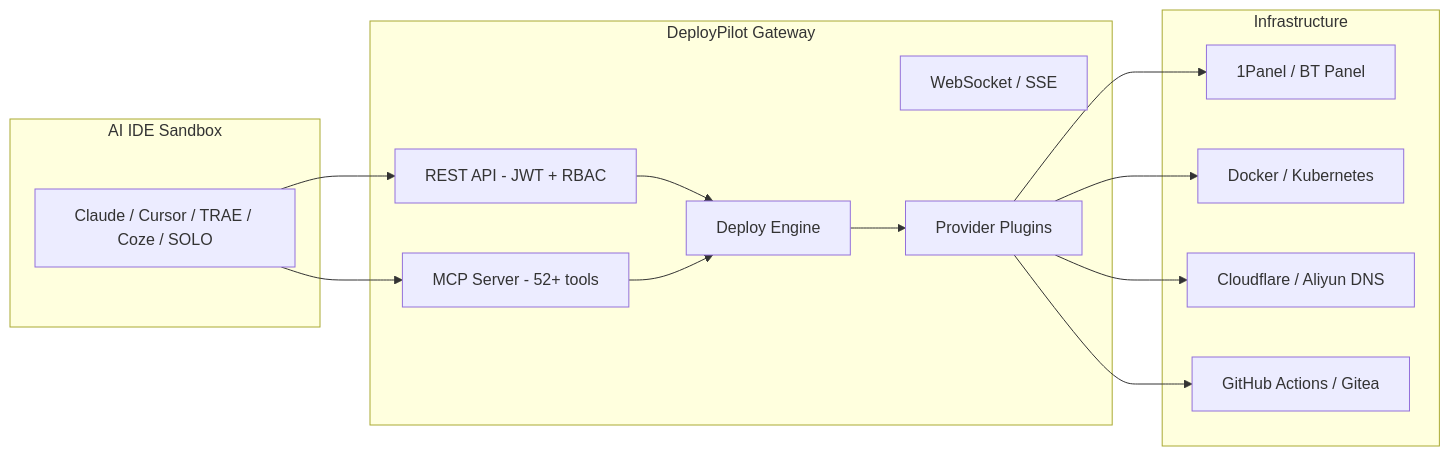
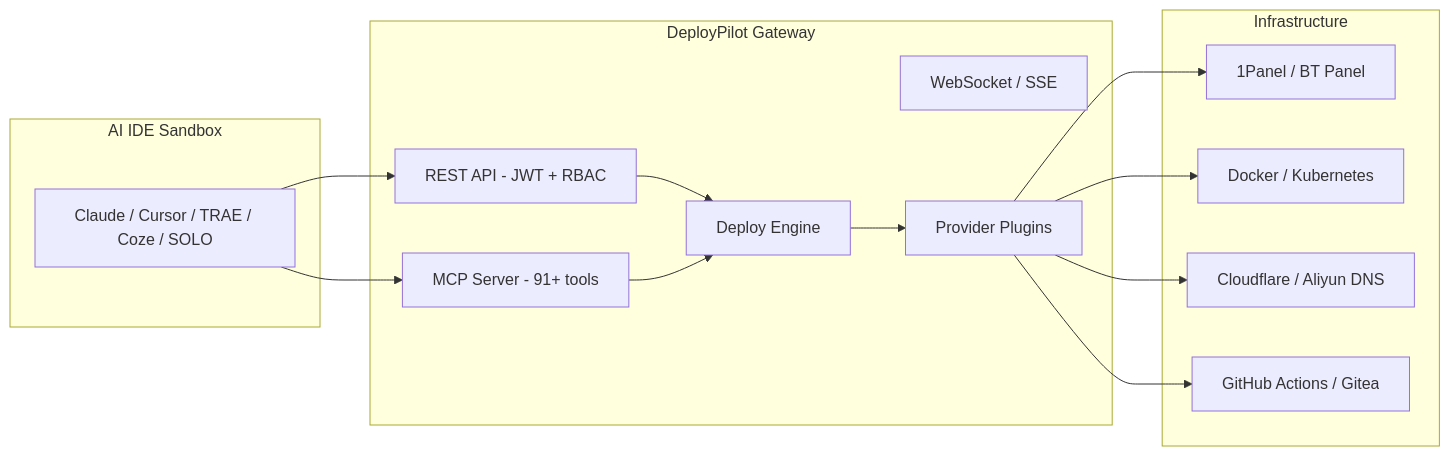
The diagram in README.md (Yogdunana/deploypilot), drawn with Mermaid before and after one commit. The commit also changed 6 other files, not shown here.

````diff
--- a/README.md
+++ b/README.md
@@ -113,31 +113,31 @@
 ```mermaid
 flowchart LR
     subgraph S1["AI IDE Sandbox"]
         A[Claude / Cursor / TRAE / Coze / SOLO]
     end
 
     subgraph S2["DeployPilot Gateway"]
-        B["MCP Server - 52+ tools"]
+        B["MCP Server - 91+ tools"]
         C["REST API - JWT + RBAC"]
         D[WebSocket / SSE]
         E[Deploy Engine]
         F[Provider Plugins]
     end
 
     subgraph S3["Infrastructure"]
         G["1Panel / BT Panel"]
         H["Docker / Kubernetes"]
         I["Cloudflare / Aliyun DNS"]
         J["GitHub Actions / Gitea"]
     end
 
     A --> B
     A --> C
     C --> E
     B --> E
     E --> F
     F --> G
     F --> H
     F --> I
     F --> J
 ```
````
